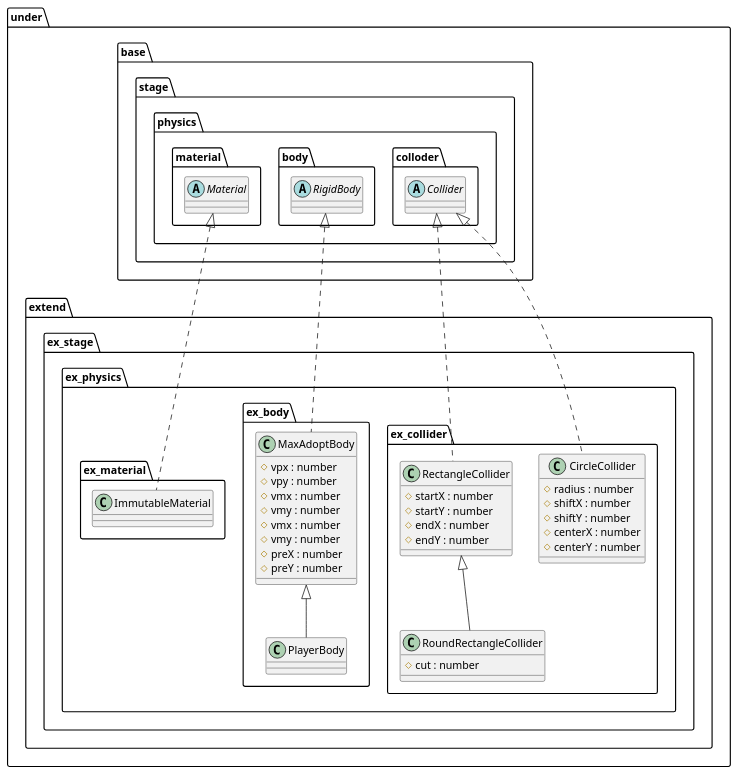
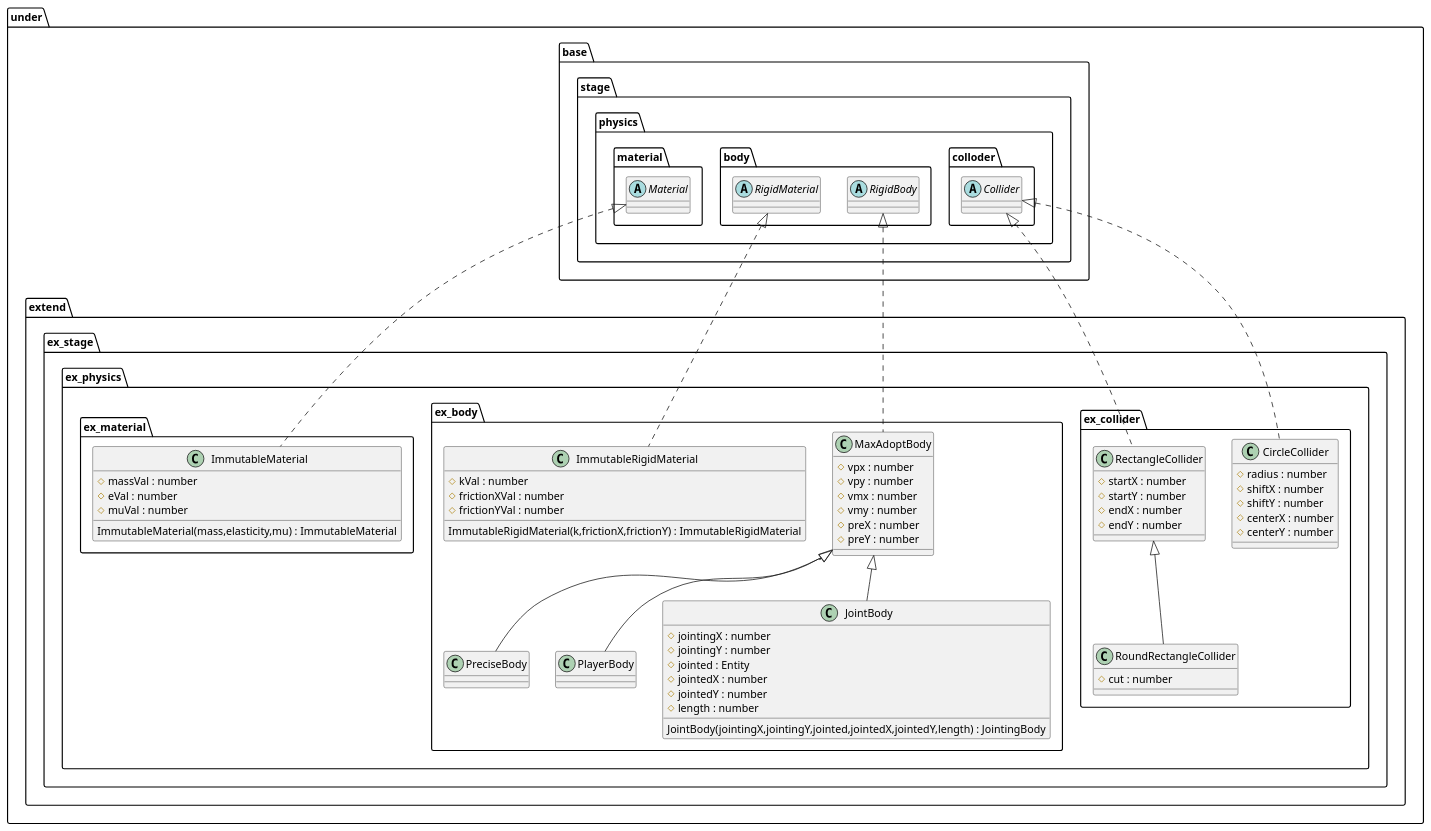
One commit to Expine/Under changed the diagram in uml/entity/physical/Extend.wsd. Above: the diagram before and after it, drawn with PlantUML. The commit also changed 18 other files, not shown here.

Commit message:
Add comment to collider and fix uml

```diff
--- a/uml/entity/physical/Extend.wsd
+++ b/uml/entity/physical/Extend.wsd
@@ -1,71 +1,94 @@
 @startuml PhysicalExtend
 
 package under {
     package extend {
         package ex_stage {
             package ex_physics {
                 package ex_collider {
                     class CircleCollider {
                         #radius : number
                         #shiftX : number
                         #shiftY : number
                         #centerX : number
                         #centerY : number
                     }
                     class RectangleCollider {
                         #startX : number
                         #startY : number
                         #endX : number
                         #endY : number
                     }
                     class RoundRectangleCollider {
                         #cut : number
                     }
                 }
                 package ex_body {
                     class MaxAdoptBody {
                         #vpx : number
                         #vpy : number
                         #vmx : number
                         #vmy : number
-                        #vmx : number
-                        #vmy : number
                         #preX : number
                         #preY : number
                     }
+                    class PreciseBody
                     class PlayerBody
+                    class JointBody {
+                        JointBody(jointingX,jointingY,jointed,jointedX,jointedY,length) : JointingBody
+                        #jointingX : number
+                        #jointingY : number
+                        #jointed : Entity
+                        #jointedX : number
+                        #jointedY : number
+                        #length : number
+                    }
+                    class ImmutableRigidMaterial {
+                        ImmutableRigidMaterial(k,frictionX,frictionY) : ImmutableRigidMaterial
+                        #kVal : number
+                        #frictionXVal : number
+                        #frictionYVal : number
+                    }
                 }
                 package ex_material {
-                    class ImmutableMaterial
+                    class ImmutableMaterial  {
+                        ImmutableMaterial(mass,elasticity,mu) : ImmutableMaterial
+                        #massVal : number
+                        #eVal : number
+                        #muVal : number
+                    }
                 }
             }
         }
     }
 }
 
 package under {
     package base {
         package stage {
             package physics {
                 package colloder {
                     abstract Collider
                 }
                 package body {
                     abstract RigidBody
+                    abstract RigidMaterial
                 }
                 package material {
                     abstract Material
                 }
             }
         }
     }
 }
 
 Collider <|.. RectangleCollider
 Collider <|.. CircleCollider
 RectangleCollider <|-- RoundRectangleCollider
 RigidBody <|.. MaxAdoptBody
 MaxAdoptBody <|-- PlayerBody
+MaxAdoptBody <|-- PreciseBody
+MaxAdoptBody <|-- JointBody
+RigidMaterial <|.. ImmutableRigidMaterial
 Material <|.. ImmutableMaterial
 
 @enduml
```
